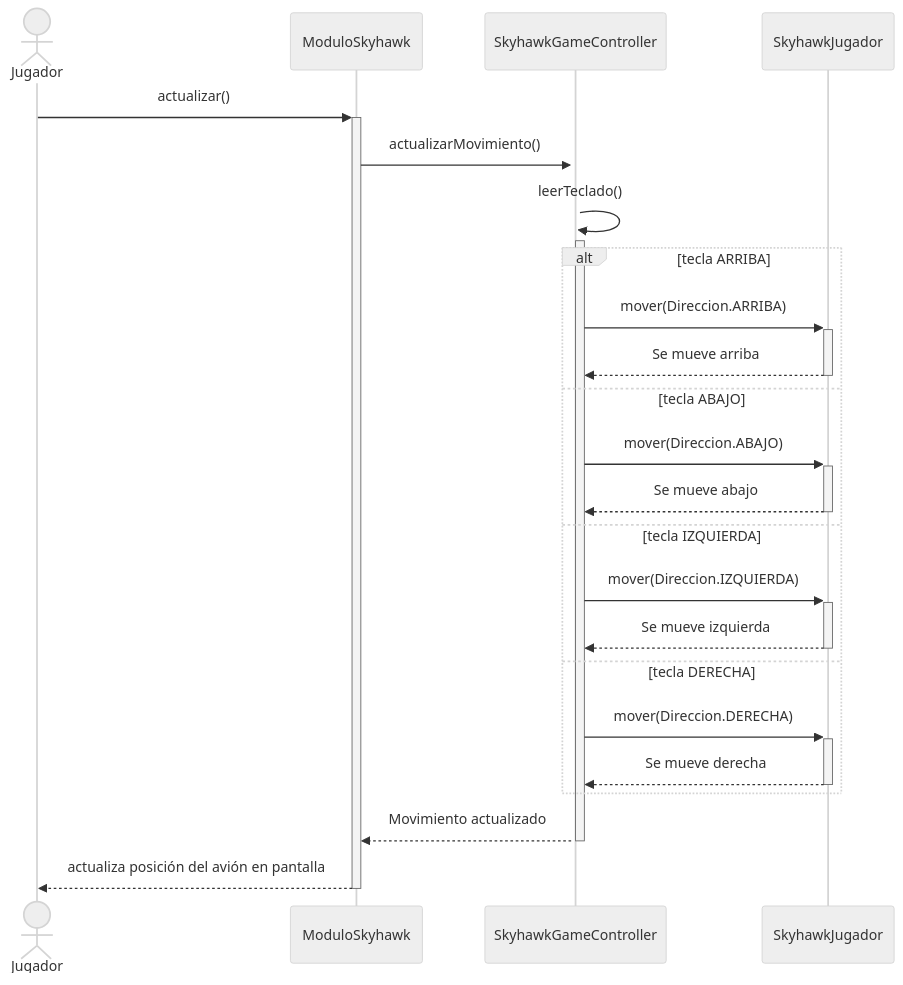
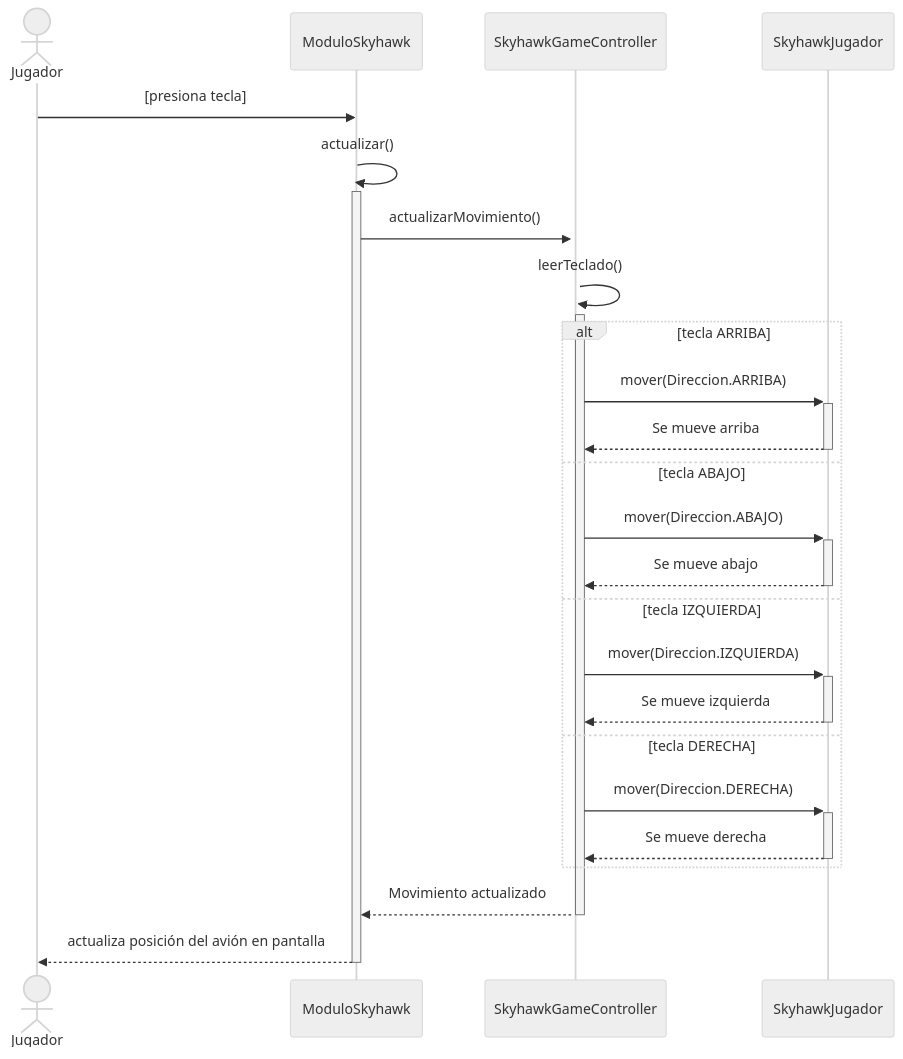
The second of 6 diagrams in Diagramas/diagram_Secuencias_Actualizados.md (chiaraarego/Grupo-2---Skyhawk), drawn with Mermaid (neutral theme) before and after one commit.

````diff
--- a/Diagramas/diagram_Secuencias_Actualizados.md
+++ b/Diagramas/diagram_Secuencias_Actualizados.md
@@ -41,35 +41,36 @@
 ```mermaid
 sequenceDiagram
     actor Jugador
     participant ModuloSkyhawk
     participant SkyhawkGameController
     participant SkyhawkJugador
 
-    Jugador ->> +ModuloSkyhawk : actualizar()
+    Jugador ->> ModuloSkyhawk : [presiona tecla]
+    ModuloSkyhawk ->> +ModuloSkyhawk : actualizar()
 
     ModuloSkyhawk ->> +SkyhawkGameController : actualizarMovimiento()
 
     %% Abre la activación interna para leer el teclado
     SkyhawkGameController ->> +SkyhawkGameController : leerTeclado()
 
     alt tecla ARRIBA
         SkyhawkGameController ->> +SkyhawkJugador : mover(Direccion.ARRIBA)
         SkyhawkJugador -->> -SkyhawkGameController : Se mueve arriba
     else tecla ABAJO
         SkyhawkGameController ->> +SkyhawkJugador : mover(Direccion.ABAJO)
         SkyhawkJugador -->> -SkyhawkGameController : Se mueve abajo
     else tecla IZQUIERDA
         SkyhawkGameController ->> +SkyhawkJugador : mover(Direccion.IZQUIERDA)
         SkyhawkJugador -->> -SkyhawkGameController : Se mueve izquierda
     else tecla DERECHA
         SkyhawkGameController ->> +SkyhawkJugador : mover(Direccion.DERECHA)
         SkyhawkJugador -->> -SkyhawkGameController : Se mueve derecha
     end
 
     
     %% Retorna el flujo al objeto principal de la app
     SkyhawkGameController -->> -ModuloSkyhawk : Movimiento actualizado
 
     %% RESPUESTA FINAL AL JUGADOR:
     ModuloSkyhawk -->> -Jugador : actualiza posición del avión en pantalla
 ```
````
